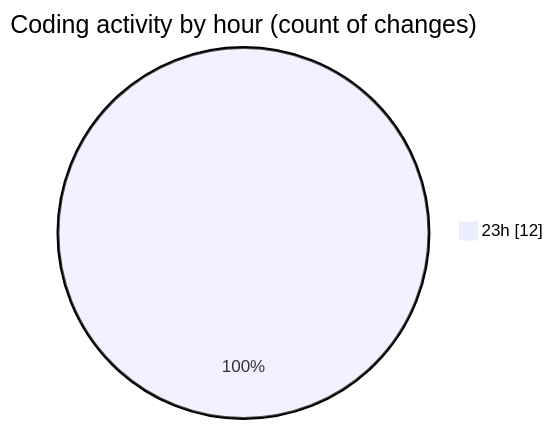
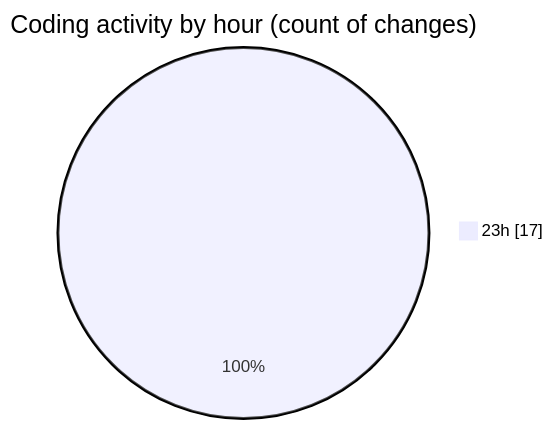
One commit to Netris89/code-tracking changed the second of 2 diagrams in 2025-04-26/date/README.md. Above: the diagram before and after it, drawn with Mermaid. The commit also changed other lines of this file and 1 other file, not shown here.

````diff
--- a/2025-04-26/date/README.md
+++ b/2025-04-26/date/README.md
@@ -30,5 +30,5 @@
 ```mermaid
 pie showData
 title Coding activity by hour (count of changes)
-"23h" : 12
+"23h" : 17
 ```
````
